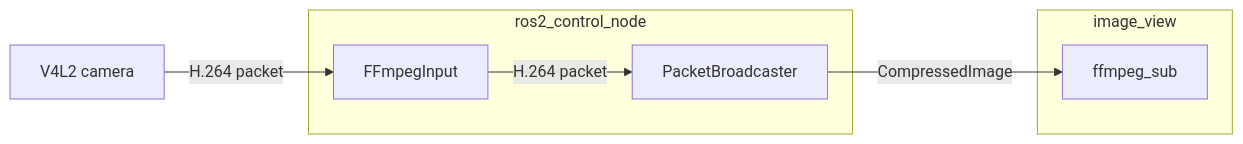
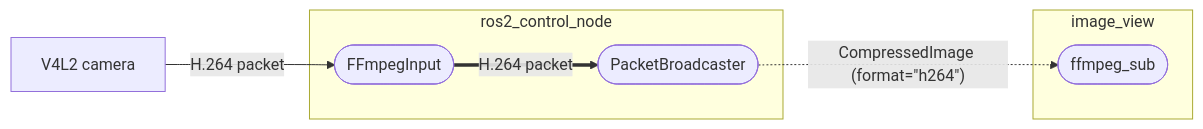
One commit to yoshito-n-students/ffmpeg_pipeline changed the diagram in README.md. Above: the diagram before and after it, drawn with Mermaid.

Commit message:
revise v4l2 flowchart

````diff
--- a/README.md
+++ b/README.md
@@ -120,11 +120,11 @@
 ```mermaid
 flowchart LR
-   A[V4L2 camera] -- "H.264 packet" --> B[FFmpegInput]
+   A@{ shape: rect, label: "V4L2 camera" } -- "H.264 packet" --> B@{ shape: stadium, label: "FFmpegInput" }
    subgraph ros2_control_node
-   B -- "H.264 packet" --> C[PacketBroadcaster]
+   B == "H.264 packet" ==> C@{ shape: stadium, label: "PacketBroadcaster" }
    end
-   C -- CompressedImage --> D[ffmpeg_sub]
+   C -. "CompressedImage (format=#quot;h264#quot;)" .-> D@{ shape: stadium, label: "ffmpeg_sub" }
    subgraph image_view
    D
    end
 ```
````
